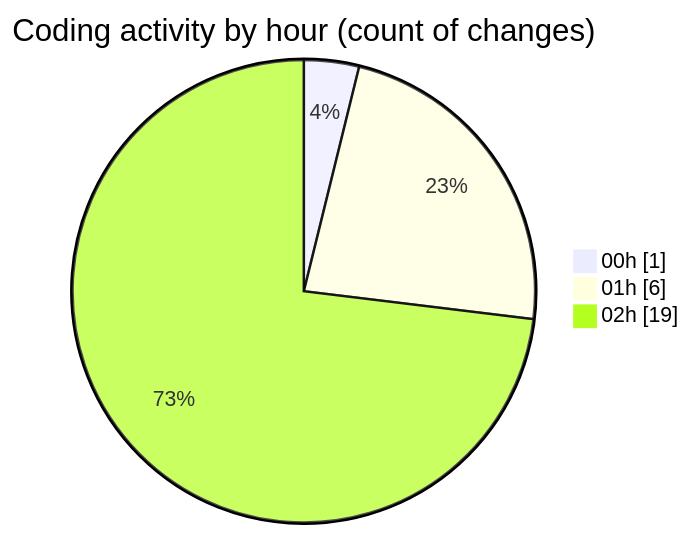
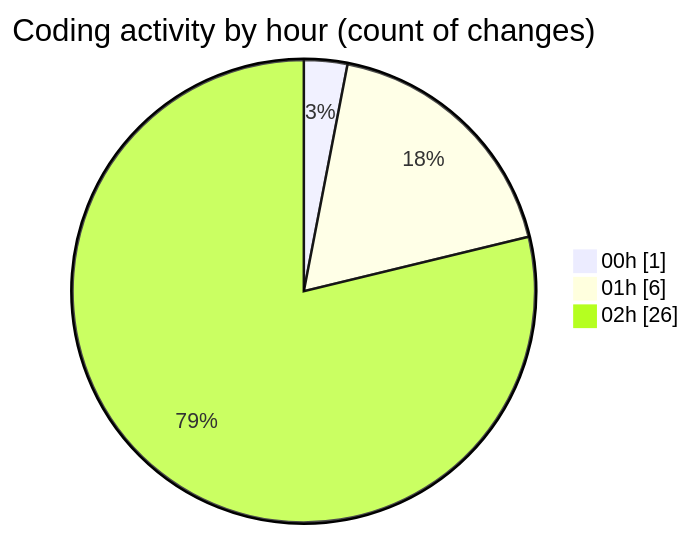
One commit to julien-gomy/code-tracking changed the second of 2 diagrams in 2025-11-22/eventscop-frontend-guide__workspace_/README.md. Above: the diagram before and after it, drawn with Mermaid. The commit also changed other lines of this file and 1 other file, not shown here.

````diff
--- a/2025-11-22/eventscop-frontend-guide__workspace_/README.md
+++ b/2025-11-22/eventscop-frontend-guide__workspace_/README.md
@@ -39,7 +40,7 @@
 ```mermaid
 pie showData
 title Coding activity by hour (count of changes)
 "00h" : 1
 "01h" : 6
-"02h" : 19
+"02h" : 26
 ```
````
